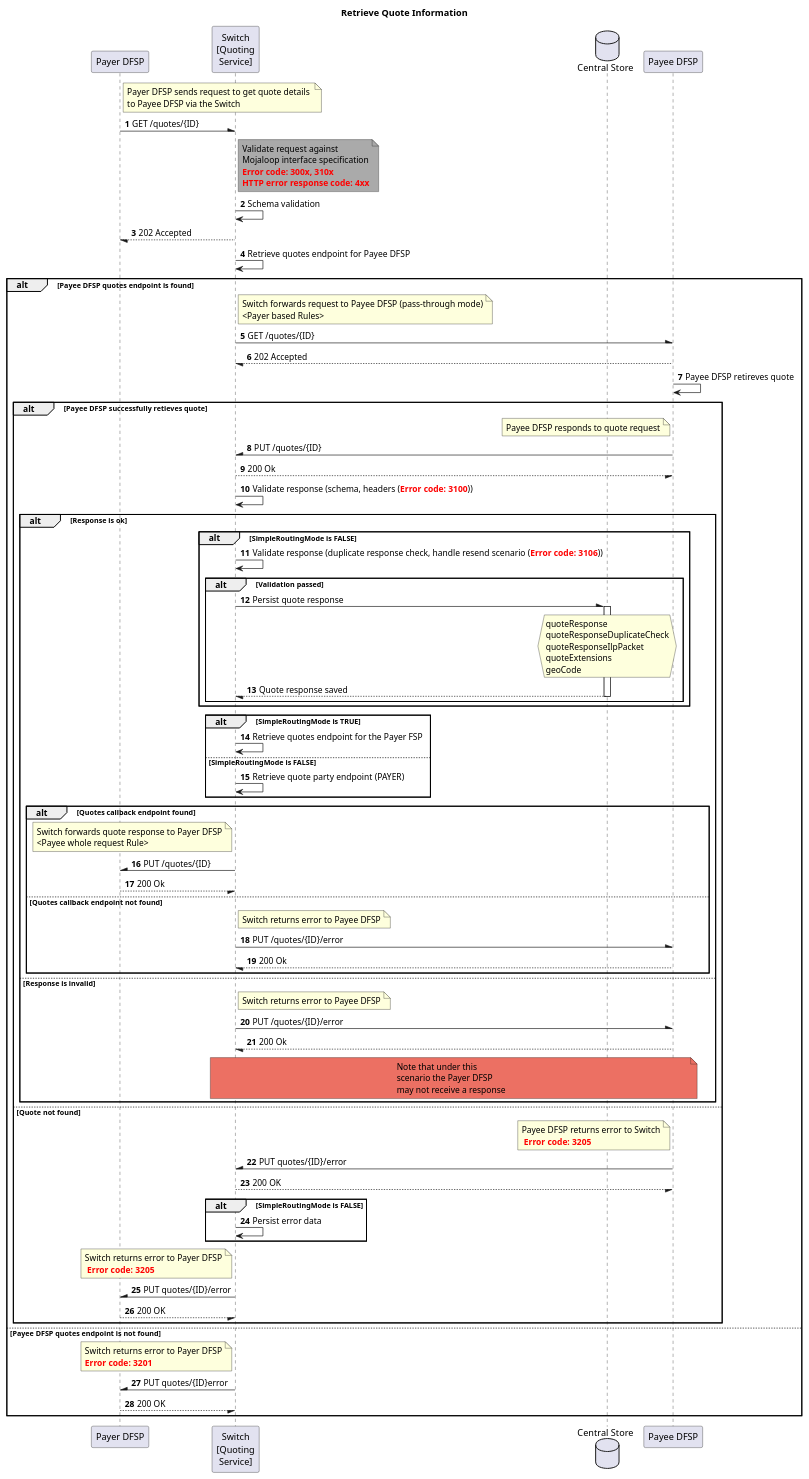
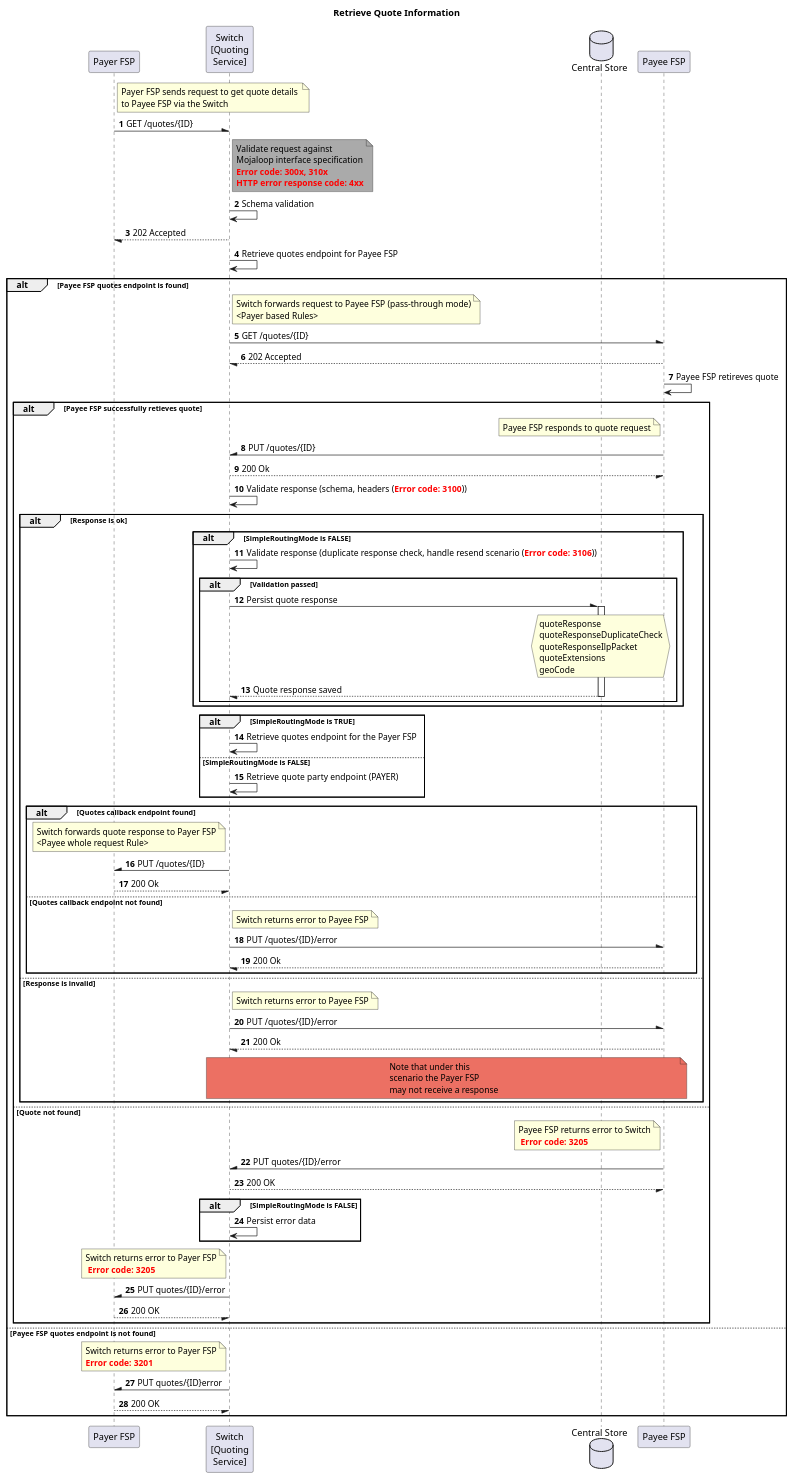
Before and after one commit to mojaloop/documentation: the diagram in mojaloop-technical-overview/quoting-service/assets/diagrams/sequence/seq-get-quotes-1.1.0.plantuml, drawn with PlantUML. The commit also changed 10 other files, not shown here.

Commit message:
Adding sequence diagrams for bulk Quotes

```diff
--- a/mojaloop-technical-overview/quoting-service/assets/diagrams/sequence/seq-get-quotes-1.1.0.plantuml
+++ b/mojaloop-technical-overview/quoting-service/assets/diagrams/sequence/seq-get-quotes-1.1.0.plantuml
@@ -1,86 +1,86 @@
 @startuml
 Title Retrieve Quote Information
-participant "Payer DFSP" as PayerDFSP
+participant "Payer FSP" as PayerFSP
 participant "Switch\n[Quoting\nService]" as Switch
 database "Central Store" as DB
-participant "Payee DFSP" as PayeeDFSP
+participant "Payee FSP" as PayeeFSP
 autonumber
-note right of PayerDFSP: Payer DFSP sends request to get quote details \nto Payee DFSP via the Switch
-PayerDFSP -\ Switch: GET /quotes/{ID}
+note right of PayerFSP: Payer FSP sends request to get quote details \nto Payee FSP via the Switch
+PayerFSP -\ Switch: GET /quotes/{ID}
 note right of Switch #aaa
     Validate request against 
     Mojaloop interface specification
     **<color #red>Error code: 300x, 310x</color>**
     **<color #red>HTTP error response code: 4xx</color>**
 end note
 Switch -> Switch: Schema validation
-PayerDFSP \-- Switch: 202 Accepted
-Switch -> Switch: Retrieve quotes endpoint for Payee DFSP
-alt Payee DFSP quotes endpoint is found
-    note right of Switch: Switch forwards request to Payee DFSP (pass-through mode)\n<Payer based Rules> 
-    Switch -\ PayeeDFSP: GET /quotes/{ID}
-    PayeeDFSP --/ Switch: 202 Accepted
-    PayeeDFSP -> PayeeDFSP: Payee DFSP retireves quote
-    alt Payee DFSP successfully retieves quote
-        note left of PayeeDFSP: Payee DFSP responds to quote request
-        PayeeDFSP -\ Switch: PUT /quotes/{ID}
-        Switch --/ PayeeDFSP: 200 Ok
+PayerFSP \-- Switch: 202 Accepted
+Switch -> Switch: Retrieve quotes endpoint for Payee FSP
+alt Payee FSP quotes endpoint is found
+    note right of Switch: Switch forwards request to Payee FSP (pass-through mode)\n<Payer based Rules> 
+    Switch -\ PayeeFSP: GET /quotes/{ID}
+    PayeeFSP --/ Switch: 202 Accepted
+    PayeeFSP -> PayeeFSP: Payee FSP retireves quote
+    alt Payee FSP successfully retieves quote
+        note left of PayeeFSP: Payee FSP responds to quote request
+        PayeeFSP -\ Switch: PUT /quotes/{ID}
+        Switch --/ PayeeFSP: 200 Ok
         Switch -> Switch: Validate response (schema, headers (<color #red>**Error code: 3100**</color>))
         alt Response is ok
             alt SimpleRoutingMode is FALSE
                 Switch -> Switch: Validate response (duplicate response check, handle resend scenario (<color #red>**Error code: 3106**</color>))
                 alt Validation passed
                     Switch -\ DB: Persist quote response
                     activate DB
                         hnote over DB
                             quoteResponse
                             quoteResponseDuplicateCheck
                             quoteResponseIlpPacket
                             quoteExtensions
                             geoCode
                         end hnote
                     Switch \-- DB: Quote response saved
                     deactivate DB
                 end
             end
             alt SimpleRoutingMode is TRUE
                 Switch -> Switch: Retrieve quotes endpoint for the Payer FSP
             else SimpleRoutingMode is FALSE
                 Switch -> Switch: Retrieve quote party endpoint (PAYER)
             end
             alt Quotes callback endpoint found
-                note left of Switch: Switch forwards quote response to Payer DFSP\n<Payee \ whole request Rule>
-                Switch -\ PayerDFSP: PUT /quotes/{ID}
-                PayerDFSP --/ Switch: 200 Ok    
+                note left of Switch: Switch forwards quote response to Payer FSP\n<Payee \ whole request Rule>
+                Switch -\ PayerFSP: PUT /quotes/{ID}
+                PayerFSP --/ Switch: 200 Ok    
             else Quotes callback endpoint not found
-                note right of Switch: Switch returns error to Payee DFSP
-                Switch -\ PayeeDFSP: PUT /quotes/{ID}/error
-                PayeeDFSP --/ Switch : 200 Ok
+                note right of Switch: Switch returns error to Payee FSP
+                Switch -\ PayeeFSP: PUT /quotes/{ID}/error
+                PayeeFSP --/ Switch : 200 Ok
             end
         else Response is invalid
-            note right of Switch: Switch returns error to Payee DFSP
-            Switch -\ PayeeDFSP: PUT /quotes/{ID}/error
-            PayeeDFSP --/ Switch : 200 Ok
-            note over Switch, PayeeDFSP #ec7063: Note that under this\nscenario the Payer DFSP\nmay not receive a response
+            note right of Switch: Switch returns error to Payee FSP
+            Switch -\ PayeeFSP: PUT /quotes/{ID}/error
+            PayeeFSP --/ Switch : 200 Ok
+            note over Switch, PayeeFSP #ec7063: Note that under this\nscenario the Payer FSP\nmay not receive a response
         end
 
     else Quote not found
-        note left of PayeeDFSP: Payee DFSP returns error to Switch\n <color #red>**Error code: 3205**</color>
-        PayeeDFSP -\ Switch: PUT quotes/{ID}/error
-        Switch --/ PayeeDFSP: 200 OK
+        note left of PayeeFSP: Payee FSP returns error to Switch\n <color #red>**Error code: 3205**</color>
+        PayeeFSP -\ Switch: PUT quotes/{ID}/error
+        Switch --/ PayeeFSP: 200 OK
         alt SimpleRoutingMode is FALSE
             Switch -> Switch: Persist error data
         end
-        note left of Switch: Switch returns error to Payer DFSP\n <color #red>**Error code: 3205**</color>
-        Switch -\ PayerDFSP: PUT quotes/{ID}/error
-        PayerDFSP --/ Switch: 200 OK
+        note left of Switch: Switch returns error to Payer FSP\n <color #red>**Error code: 3205**</color>
+        Switch -\ PayerFSP: PUT quotes/{ID}/error
+        PayerFSP --/ Switch: 200 OK
     end
-else Payee DFSP quotes endpoint is not found
+else Payee FSP quotes endpoint is not found
     note left of Switch
-        Switch returns error to Payer DFSP
+        Switch returns error to Payer FSP
         **<color #red>Error code: 3201</color>**
     end note
-    PayerDFSP /- Switch: PUT quotes/{ID}error
-    PayerDFSP --/ Switch: 200 OK
+    PayerFSP /- Switch: PUT quotes/{ID}error
+    PayerFSP --/ Switch: 200 OK
 end
 @enduml
```
